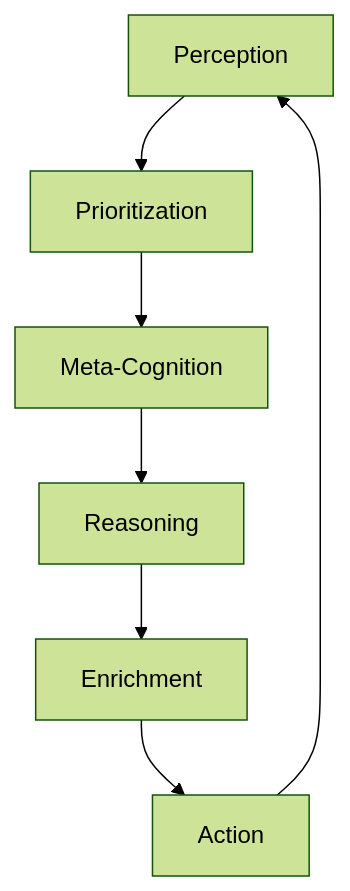
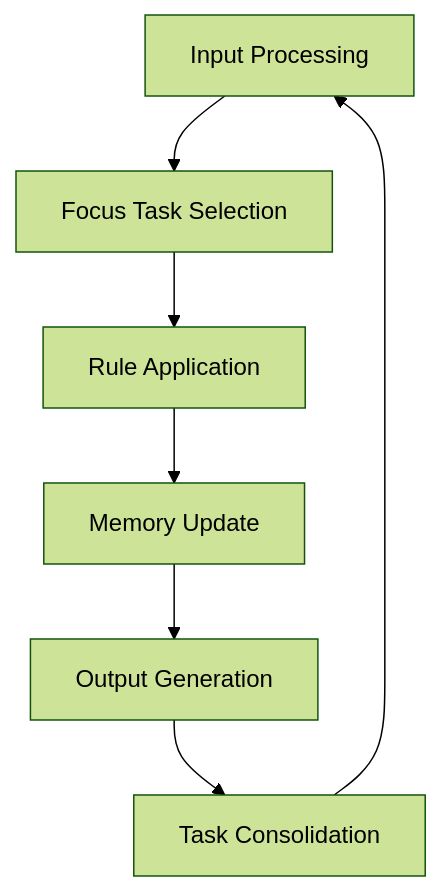
Before and after one commit to automenta/senars11: the fourth of 6 diagrams in docs/presentations/slides-next.md, drawn with Mermaid (forest theme). The commit also changed other lines of this file, not shown here.

````diff
--- a/docs/presentations/slides-next.md
+++ b/docs/presentations/slides-next.md
@@ -418,9 +419,9 @@
 ```mermaid
 flowchart TD
-    A[Perception] --> B[Prioritization]
-    B --> C[Meta-Cognition]
-    C --> D[Reasoning]
-    D --> E[Enrichment]
-    E --> F[Action]
+    A[Input Processing] --> B[Focus Task Selection]
+    B --> C[Rule Application]
+    C --> D[Memory Update]
+    D --> E[Output Generation]
+    E --> F[Task Consolidation]
     F --> A
 ```
````
